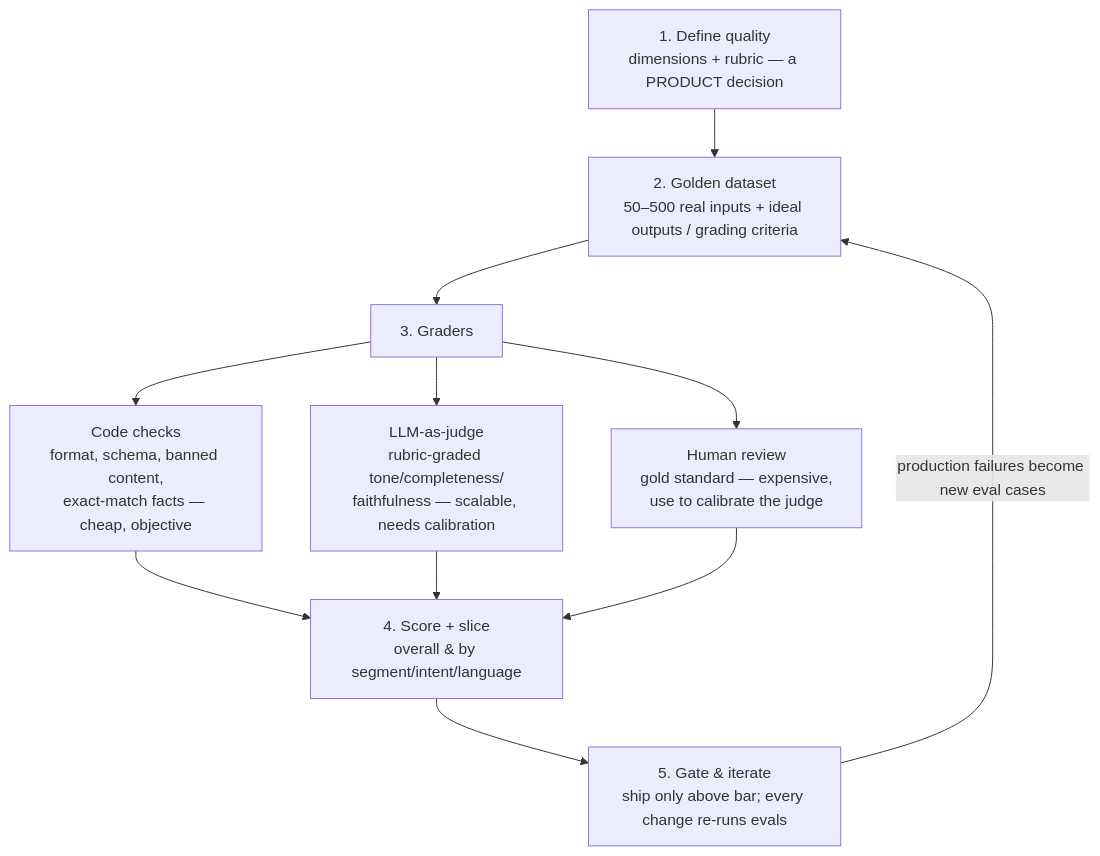
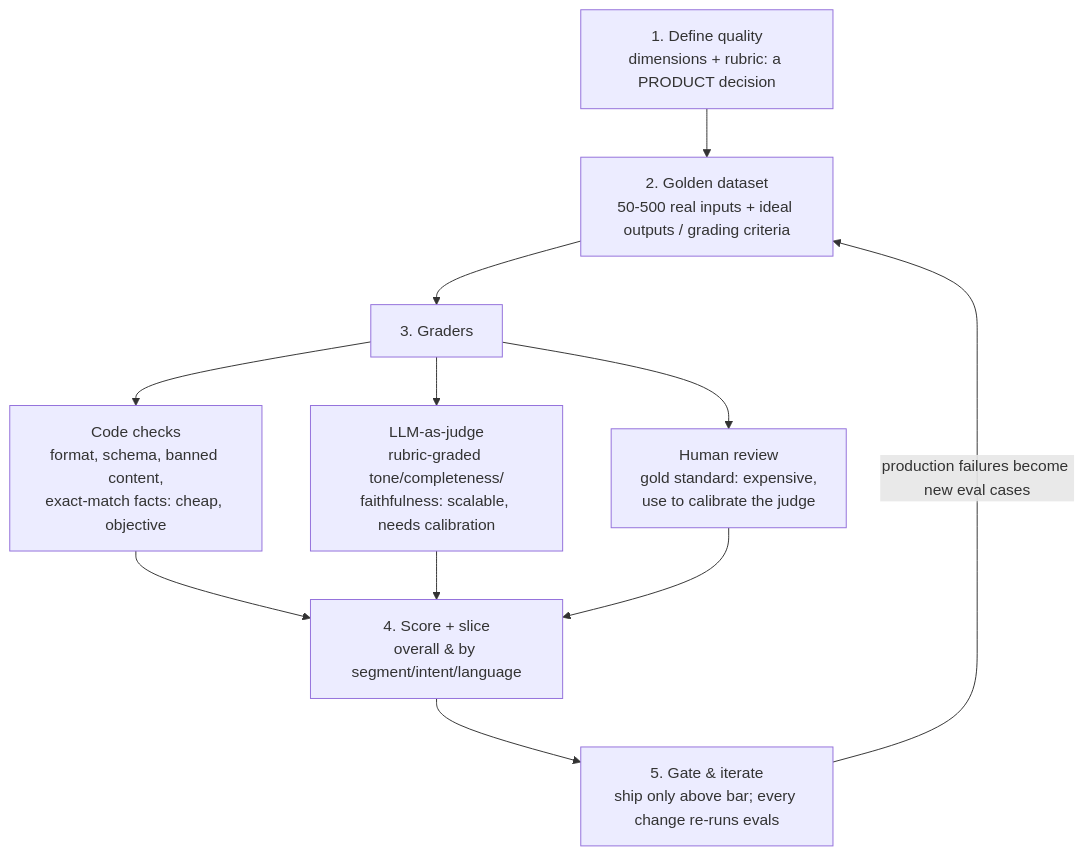
Before and after one commit to sugirdadinakar/AI-for-Product-Managers: the diagram in 02-technical-depth/evals.md, drawn with Mermaid. The commit also changed other lines of this file and 59 other files, not shown here.

````diff
--- a/02-technical-depth/evals.md
+++ b/02-technical-depth/evals.md
@@ -18,11 +18,11 @@
 ```mermaid
 flowchart TD
-    A["1. Define quality<br/>dimensions + rubric — a PRODUCT decision"] --> B["2. Golden dataset<br/>50–500 real inputs + ideal outputs / grading criteria"]
+    A["1. Define quality<br/>dimensions + rubric: a PRODUCT decision"] --> B["2. Golden dataset<br/>50-500 real inputs + ideal outputs / grading criteria"]
     B --> C["3. Graders"]
-    C --> C1["Code checks<br/>format, schema, banned content,<br/>exact-match facts — cheap, objective"]
-    C --> C2["LLM-as-judge<br/>rubric-graded tone/completeness/<br/>faithfulness — scalable, needs calibration"]
-    C --> C3["Human review<br/>gold standard — expensive,<br/>use to calibrate the judge"]
+    C --> C1["Code checks<br/>format, schema, banned content,<br/>exact-match facts: cheap, objective"]
+    C --> C2["LLM-as-judge<br/>rubric-graded tone/completeness/<br/>faithfulness: scalable, needs calibration"]
+    C --> C3["Human review<br/>gold standard: expensive,<br/>use to calibrate the judge"]
     C1 & C2 & C3 --> D["4. Score + slice<br/>overall & by segment/intent/language"]
     D --> E["5. Gate & iterate<br/>ship only above bar; every change re-runs evals"]
     E -->|production failures become new eval cases| B
 ```
````
